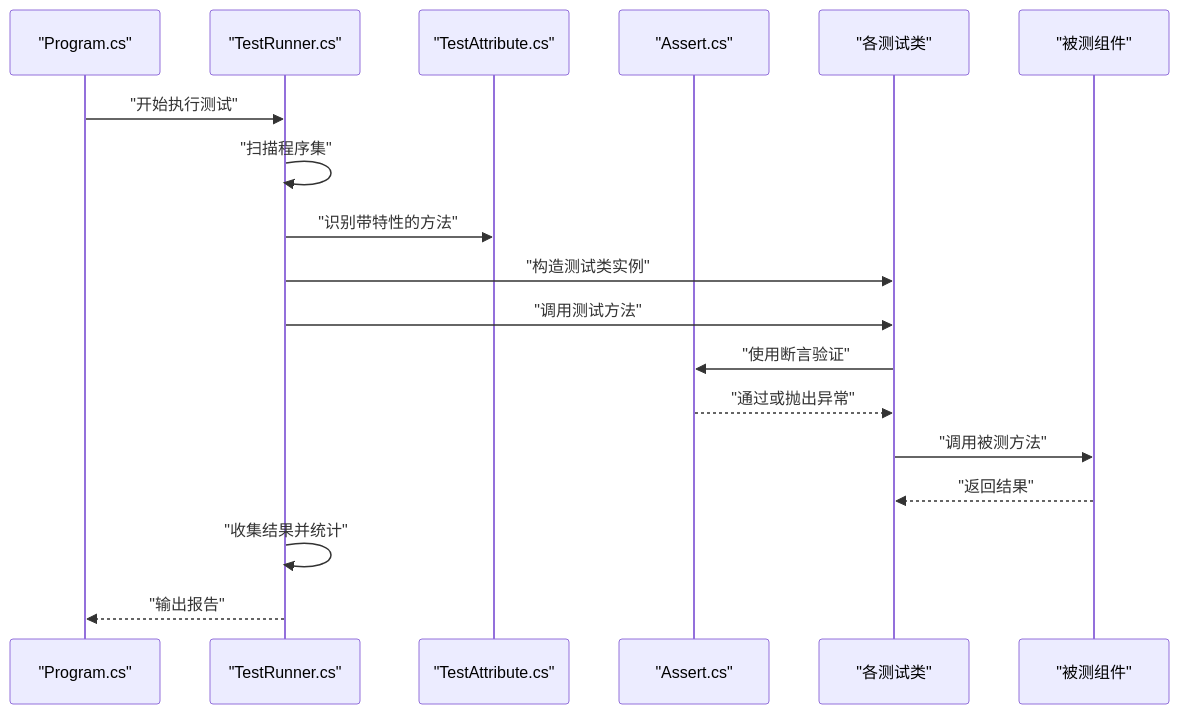
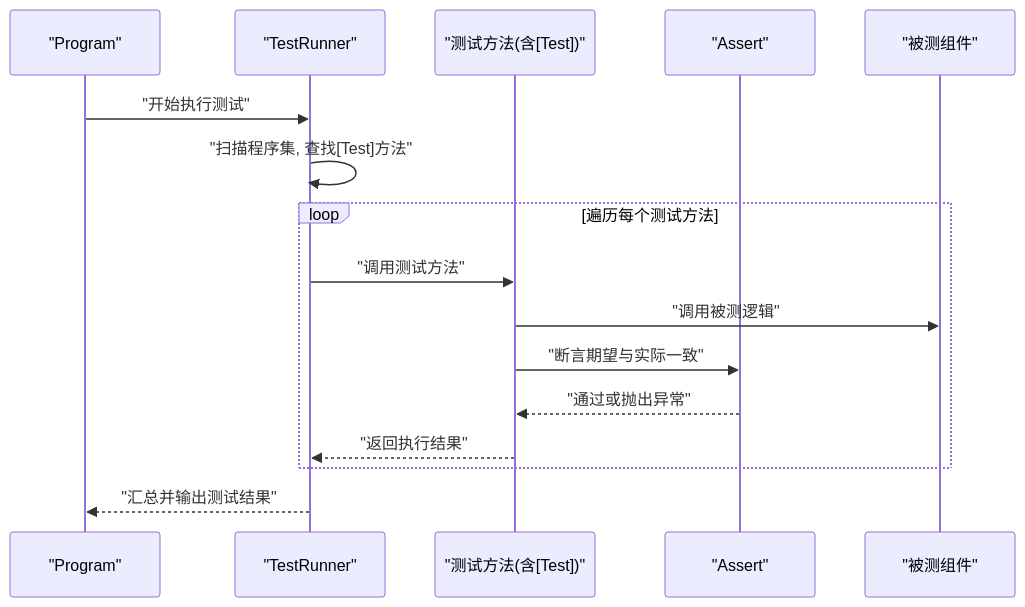
Before and after one commit to fuweiq94-cloud/3399180760: the second of 5 diagrams in .qoder/repowiki/zh/content/测试框架.md, drawn with Mermaid. The commit also changed other lines of this file and 94 other files, not shown here.

````diff
--- a/.qoder/repowiki/zh/content/测试框架.md
+++ b/.qoder/repowiki/zh/content/测试框架.md
@@ -110,20 +113,18 @@
 ```mermaid
 sequenceDiagram
-participant Main as "Program.cs"
-participant Runner as "TestRunner.cs"
-participant Attr as "TestAttribute.cs"
-participant Assert as "Assert.cs"
-participant TC as "各测试类"
+participant P as "Program"
+participant R as "TestRunner"
+participant M as "测试方法(含[Test])"
+participant A as "Assert"
 participant SUT as "被测组件"
-Main->>Runner : "开始执行测试"
-Runner->>Runner : "扫描程序集"
-Runner->>Attr : "识别带特性的方法"
-Runner->>TC : "构造测试类实例"
-Runner->>TC : "调用测试方法"
-TC->>Assert : "使用断言验证"
-Assert-->>TC : "通过或抛出异常"
-TC->>SUT : "调用被测方法"
-SUT-->>TC : "返回结果"
-Runner->>Runner : "收集结果并统计"
-Runner-->>Main : "输出报告"
+P->>R : "开始执行测试"
+R->>R : "扫描程序集, 查找[Test]方法"
+loop 遍历每个测试方法
+R->>M : "调用测试方法"
+M->>SUT : "调用被测逻辑"
+M->>A : "断言期望与实际一致"
+A-->>M : "通过或抛出异常"
+M-->>R : "返回执行结果"
+end
+R-->>P : "汇总并输出测试结果"
 ```
````
